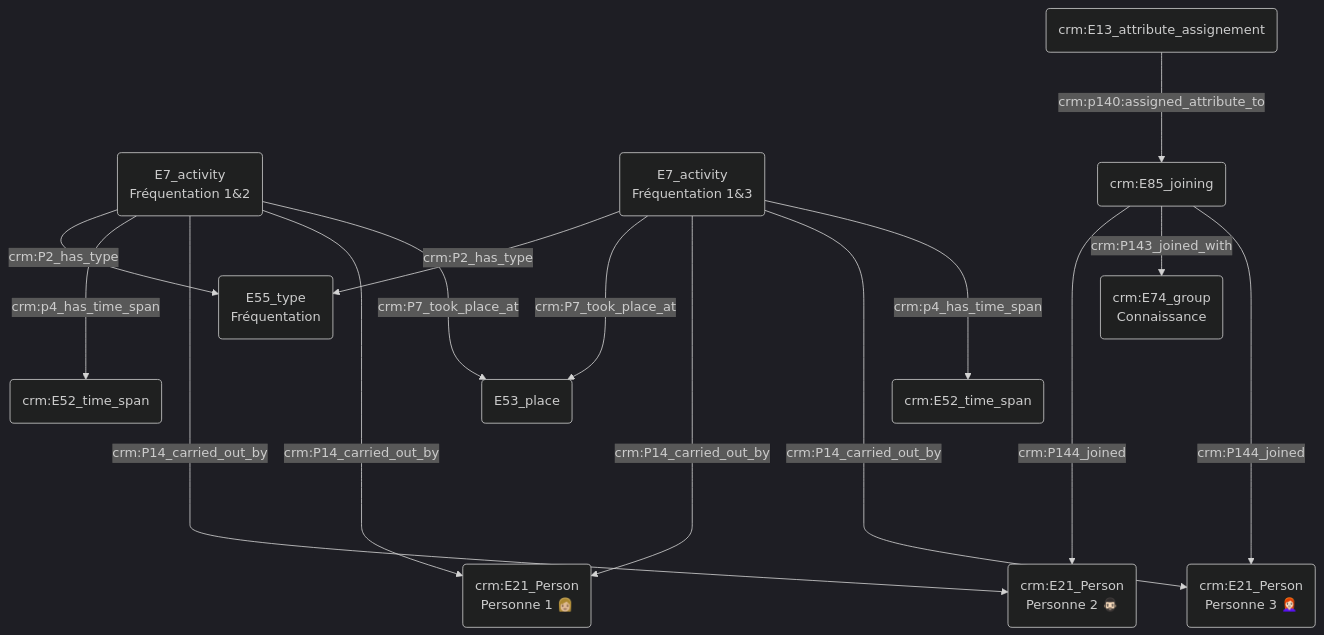
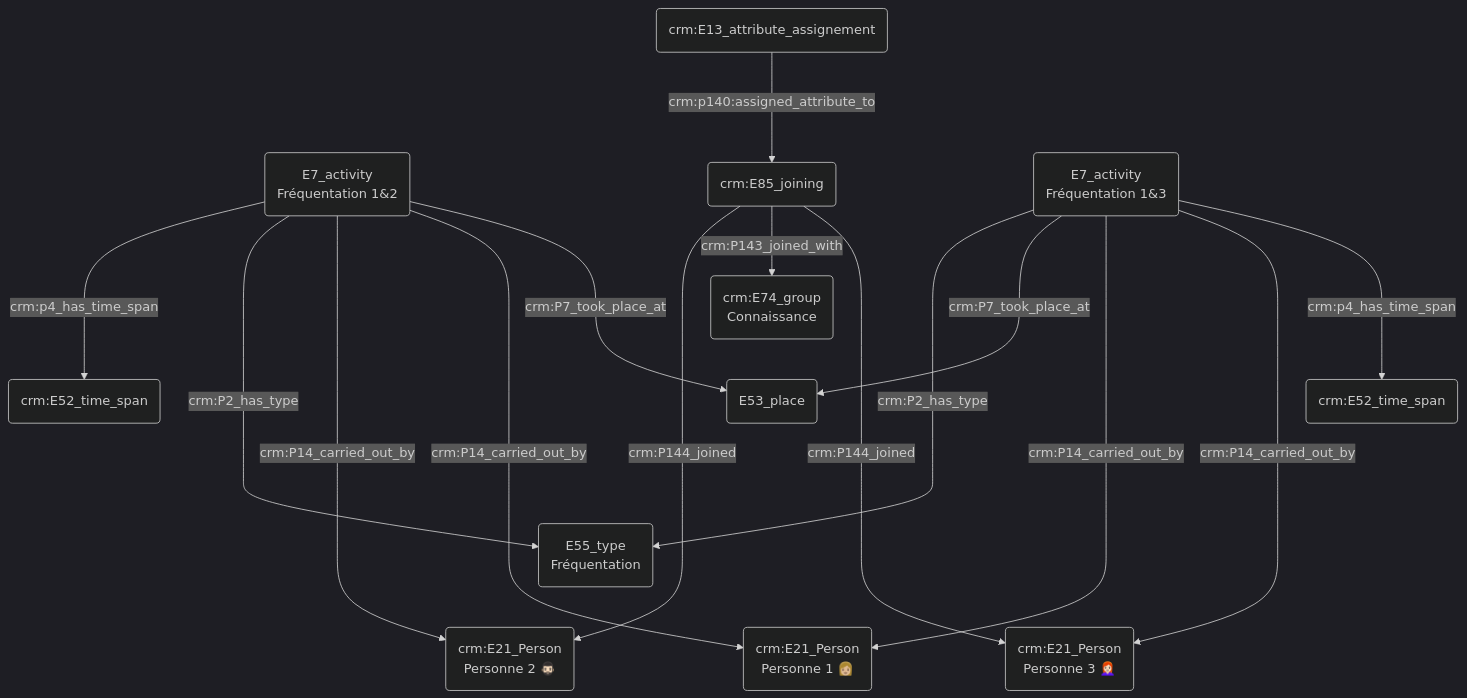
One commit to Amleth/consortium-musica2-gt2-ontologies changed the third of 3 diagrams in modules/prosopographie/index.md. Above: the diagram before and after it, drawn with Mermaid (dark theme).

````diff
--- a/modules/prosopographie/index.md
+++ b/modules/prosopographie/index.md
@@ -44,25 +44,29 @@
 ```mermaid
 graph TD;
 
+B(E7_activity<br>Fréquentation 1&2) ---> |crm:p4_has_time_span| I(crm:E52_time_span)
+B(E7_activity<br>Fréquentation 1&2) ----->|crm:P2_has_type| F(E55_type<br>Fréquentation)
 
-B(E7_activity<br>Fréquentation 1&2) -->|crm:P2_has_type| F(E55_type<br>Fréquentation)
+G(crm:E85_joining) ------>|crm:P144_joined| C("crm:E21_Person<br>Personne 2 🧔🏻‍♂️")
+G(crm:E85_joining) -->|crm:P143_joined_with| H(crm:E74_group<br>Connaissance)
+G(crm:E85_joining) ------>|crm:P144_joined| E("crm:E21_Person<br>Personne 3 👩🏻‍🦰")
+
+O(crm:E13_attribute_assignement) --->|crm:p140:assigned_attribute_to| G(crm:E85_joining)
+
+
+
 D(E7_activity<br>Fréquentation 1&3) -->|crm:P2_has_type| F(E55_type<br>Fréquentation)
 
-B(E7_activity<br>Fréquentation 1&2) ---> |crm:p4_has_time_span| I(crm:E52_time_span)
+
 
 B(E7_activity<br>Fréquentation 1&2) ------>|crm:P14_carried_out_by| C("crm:E21_Person<br>Personne 2 🧔🏻‍♂️")
 B(E7_activity<br>Fréquentation 1&2) ---->|crm:P14_carried_out_by| A("crm:E21_Person<br>Personne 1 👩🏼")
 D(E7_activity<br>Fréquentation 1&3) --->|crm:P7_took_place_at| M(E53_place)
 B(E7_activity<br>Fréquentation 1&2) --->|crm:P7_took_place_at| M(E53_place)
 D(E7_activity<br>Fréquentation 1&3) ------>|crm:P14_carried_out_by| A("crm:E21_Person<br>Personne 1 👩🏼")
 D(E7_activity<br>Fréquentation 1&3) ------>|crm:P14_carried_out_by| E("crm:E21_Person<br>Personne 3 👩🏻‍🦰")
 
 D(E7_activity<br>Fréquentation 1&3) ---> |crm:p4_has_time_span| N(crm:E52_time_span)
 
-G(crm:E85_joining) ------>|crm:P144_joined| C("crm:E21_Person<br>Personne 2 🧔🏻‍♂️")
-G(crm:E85_joining) -->|crm:P143_joined_with| H(crm:E74_group<br>Connaissance)
-G(crm:E85_joining) ------>|crm:P144_joined| E("crm:E21_Person<br>Personne 3 👩🏻‍🦰")
-
-O(crm:E13_attribute_assignement) --->|crm:p140:assigned_attribute_to| G(crm:E85_joining)
 
 ```
````
